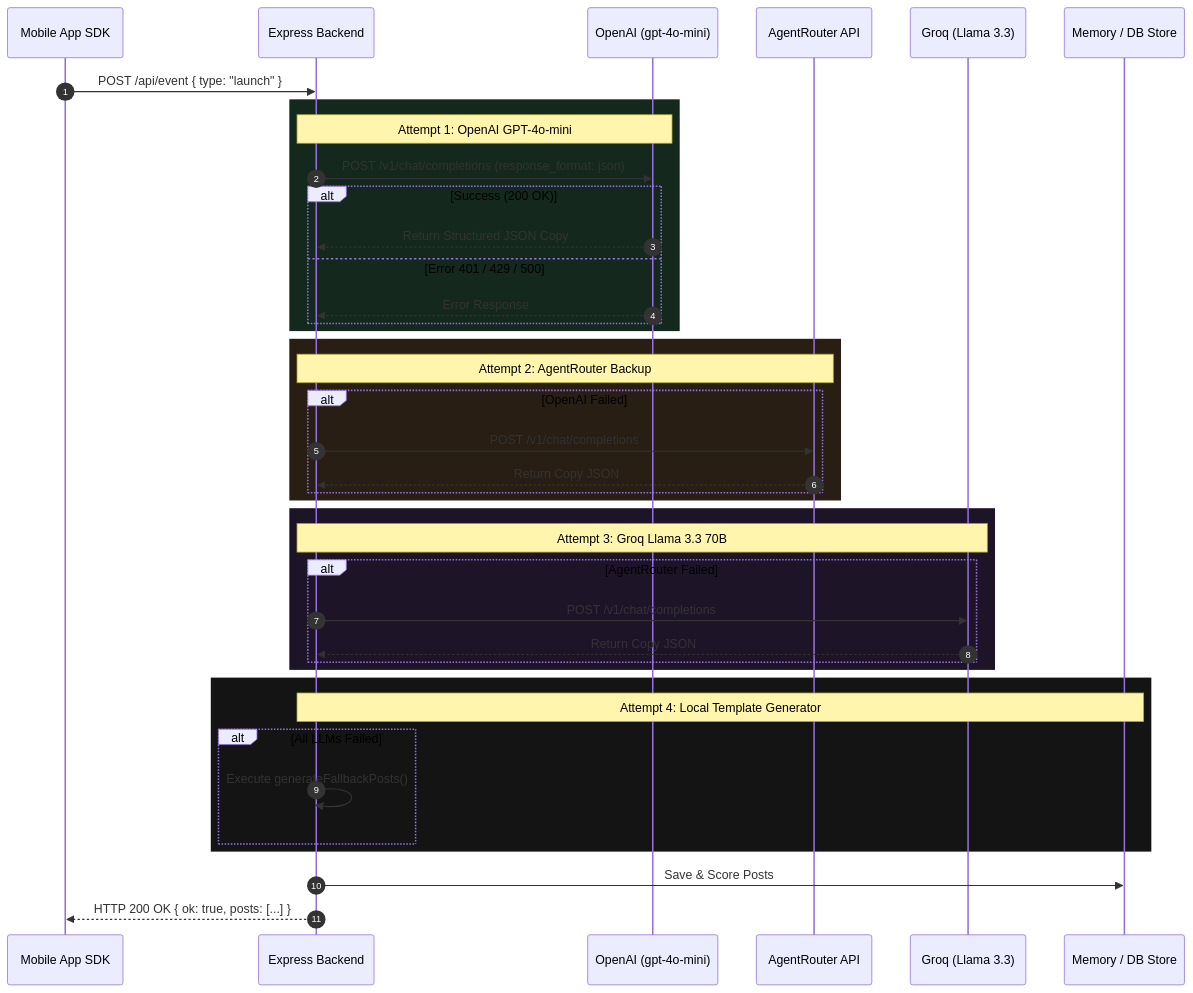
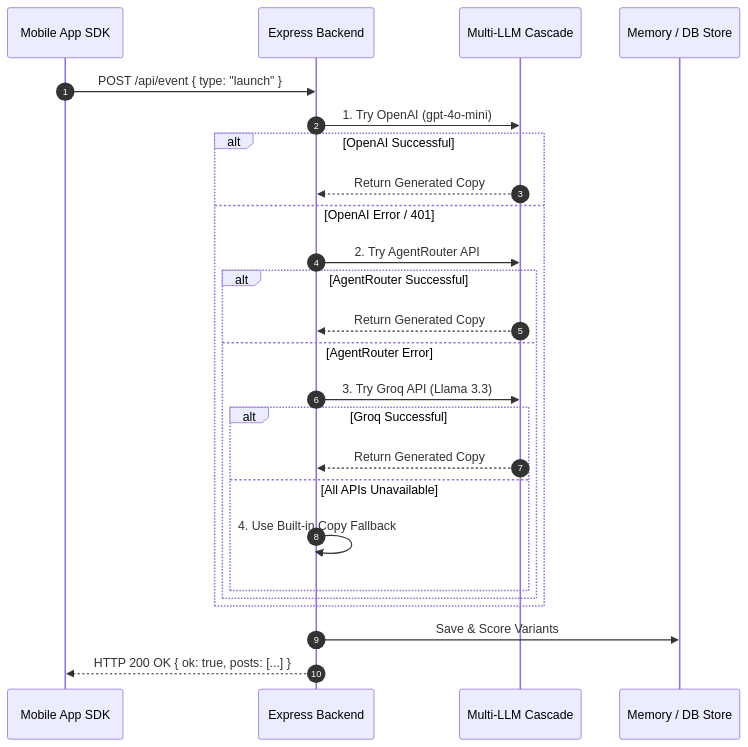
One commit to HackOnVibeCom/mv6prr2xzw30kp265248sds7act2z8ndw5ze5524 changed the second of 2 diagrams in README.md. Above: the diagram before and after it, drawn with Mermaid. The commit also changed other lines of this file, not shown here.

Commit message:
docs: streamline README with favicon header, clean simplified architecture diagram, and executive tone

````diff
--- a/README.md
+++ b/README.md
@@ -159,48 +72,28 @@
 ```mermaid
 sequenceDiagram
     autonumber
     participant App as Mobile App SDK
     participant Server as Express Backend
-    participant OpenAI as OpenAI (gpt-4o-mini)
-    participant AgentRouter as AgentRouter API
-    participant Groq as Groq (Llama 3.3)
+    participant LLM as Multi-LLM Cascade
     participant Cache as Memory / DB Store
 
     App->>Server: POST /api/event { type: "launch" }
-    
-    rect rgb(20, 40, 30)
-        Note over Server,OpenAI: Attempt 1: OpenAI GPT-4o-mini
-        Server->>OpenAI: POST /v1/chat/completions (response_format: json)
-        alt Success (200 OK)
-            OpenAI-->>Server: Return Structured JSON Copy
-        else Error 401 / 429 / 500
-            OpenAI-->>Server: Error Response
+    Server->>LLM: 1. Try OpenAI (gpt-4o-mini)
+    alt OpenAI Successful
+        LLM-->>Server: Return Generated Copy
+    else OpenAI Error / 401
+        Server->>LLM: 2. Try AgentRouter API
+        alt AgentRouter Successful
+            LLM-->>Server: Return Generated Copy
+        else AgentRouter Error
+            Server->>LLM: 3. Try Groq API (Llama 3.3)
+            alt Groq Successful
+                LLM-->>Server: Return Generated Copy
+            else All APIs Unavailable
+                Server->>Server: 4. Use Built-in Copy Fallback
+            end
         end
     end
-
-    rect rgb(40, 30, 20)
-        Note over Server,AgentRouter: Attempt 2: AgentRouter Backup
-        alt OpenAI Failed
-            Server->>AgentRouter: POST /v1/chat/completions
-            AgentRouter-->>Server: Return Copy JSON
-        end
-    end
-
-    rect rgb(30, 20, 40)
-        Note over Server,Groq: Attempt 3: Groq Llama 3.3 70B
-        alt AgentRouter Failed
-            Server->>Groq: POST /v1/chat/completions
-            Groq-->>Server: Return Copy JSON
-        end
-    end
-
-    rect rgb(20, 20, 20)
-        Note over Server,Cache: Attempt 4: Local Template Generator
-        alt All LLMs Failed
-            Server->>Server: Execute generateFallbackPosts()
-        end
-    end
-
-    Server->>Cache: Save & Score Posts
+    Server->>Cache: Save & Score Variants
     Server-->>App: HTTP 200 OK { ok: true, posts: [...] }
 ```
````
